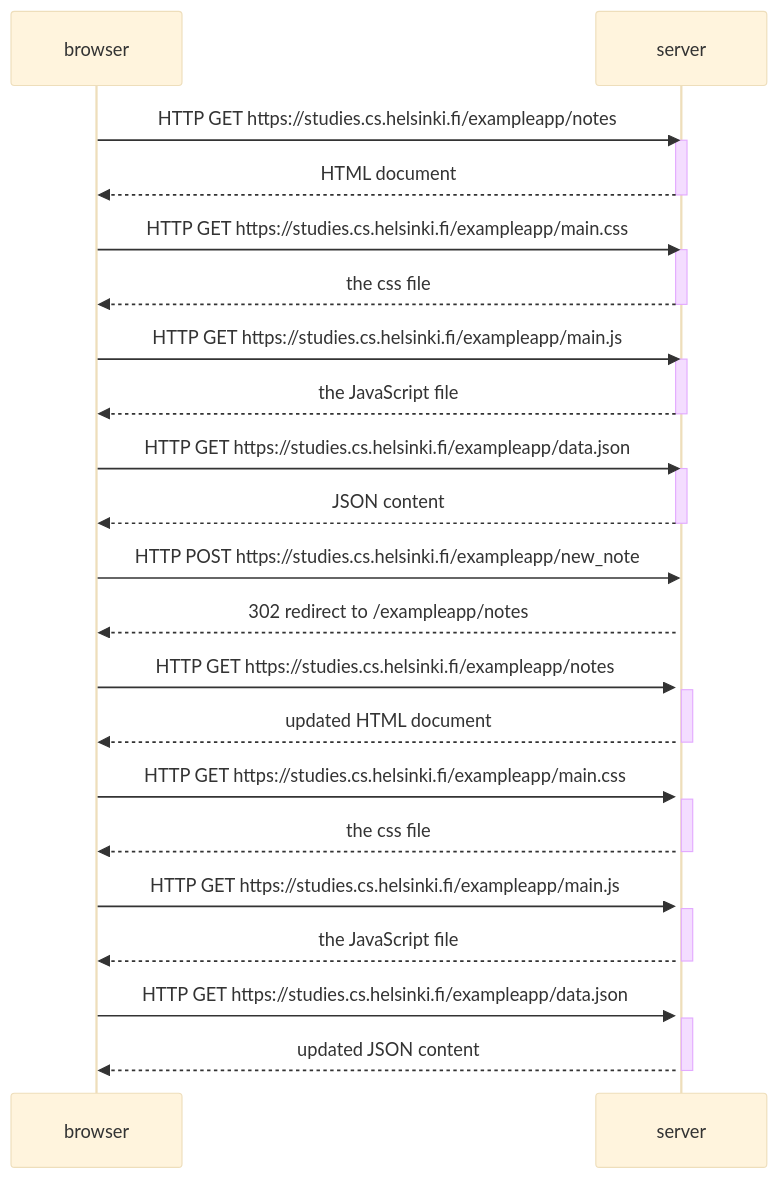
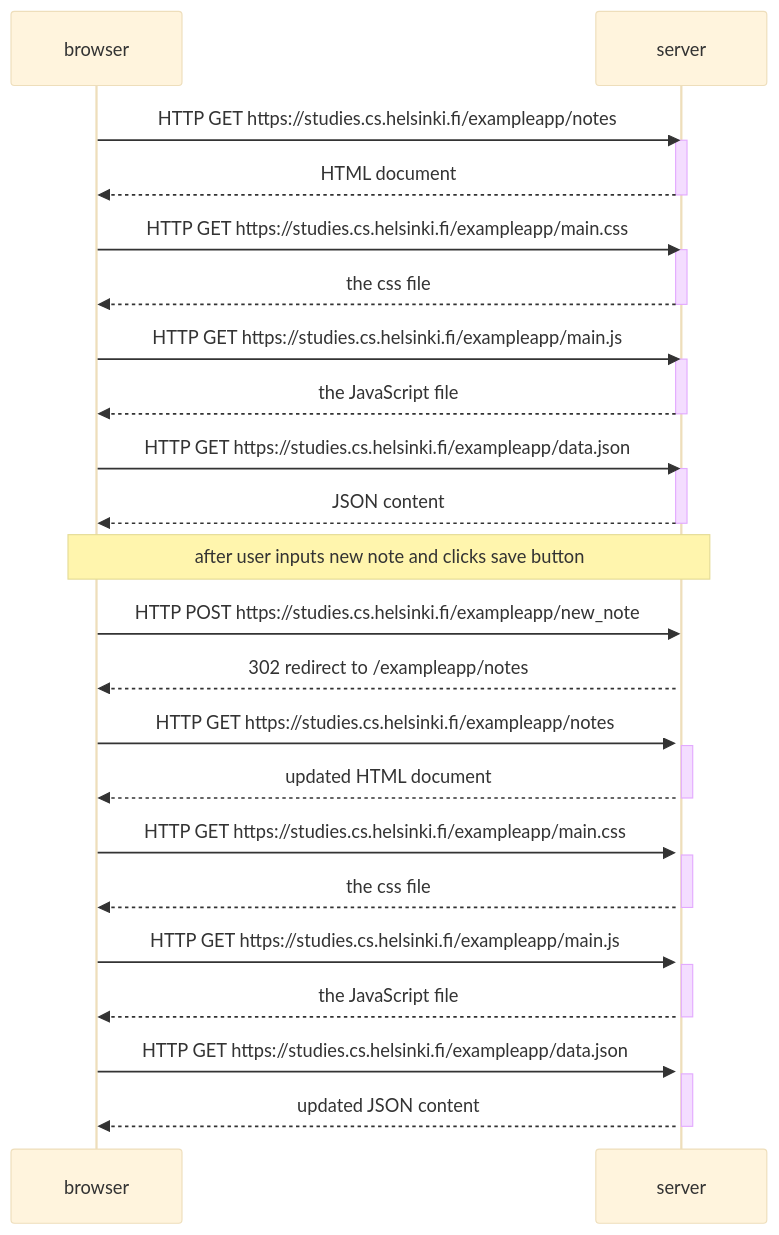
The diagram in part0/0.4.md (66houdini/FullStackOpen), drawn with Mermaid (base theme) before and after one commit.

````diff
--- a/part0/0.4.md
+++ b/part0/0.4.md
@@ -1,49 +1,51 @@
 ```mermaid
 sequenceDiagram
     participant browser
     participant server
 
     browser->>server: HTTP GET https://studies.cs.helsinki.fi/exampleapp/notes
     activate server
     server-->>browser: HTML document
     deactivate server
 
     browser->>server: HTTP GET https://studies.cs.helsinki.fi/exampleapp/main.css
     activate server
     server-->>browser: the css file
     deactivate server
 
     browser->>server: HTTP GET https://studies.cs.helsinki.fi/exampleapp/main.js
     activate server
     server-->>browser: the JavaScript file
     deactivate server
 
     browser->>server: HTTP GET https://studies.cs.helsinki.fi/exampleapp/data.json
     activate server
     server-->>browser: JSON content
     deactivate server
 
+    Note over browser, server: after user inputs new note and clicks save button
+    
     browser->>server: HTTP POST https://studies.cs.helsinki.fi/exampleapp/new_note
     activate server
     server-->>browser: 302 redirect to /exampleapp/notes
 
     browser->>server: HTTP GET https://studies.cs.helsinki.fi/exampleapp/notes
     activate server
     server-->>browser: updated HTML document
     deactivate server
 
     browser->>server: HTTP GET https://studies.cs.helsinki.fi/exampleapp/main.css
     activate server
     server-->>browser: the css file
     deactivate server
 
     browser->>server: HTTP GET https://studies.cs.helsinki.fi/exampleapp/main.js
     activate server
     server-->>browser: the JavaScript file
     deactivate server
 
     browser->>server: HTTP GET https://studies.cs.helsinki.fi/exampleapp/data.json
     activate server
     server-->>browser: updated JSON content
     deactivate server
 ```
````
